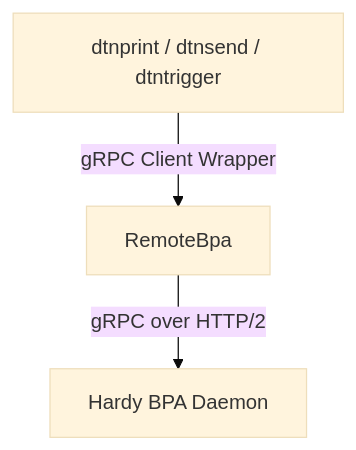
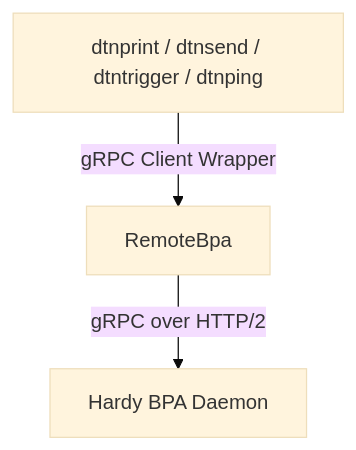
The diagram in agent_docs/architecture.md (loic-fejoz/dtn-hdy-utils), drawn with Mermaid (base theme) before and after one commit. The commit also changed other lines of this file and 9 other files, not shown here.

````diff
--- a/agent_docs/architecture.md
+++ b/agent_docs/architecture.md
@@ -8,5 +8,5 @@
 ```mermaid
 graph TD
-    ClientApp["dtnprint / dtnsend / dtntrigger"] -->|gRPC Client Wrapper| RemoteBpa[RemoteBpa]
+    ClientApp["dtnprint / dtnsend / dtntrigger / dtnping"] -->|gRPC Client Wrapper| RemoteBpa[RemoteBpa]
     RemoteBpa -->|gRPC over HTTP/2| HardyBPA[Hardy BPA Daemon]
 ```
````
